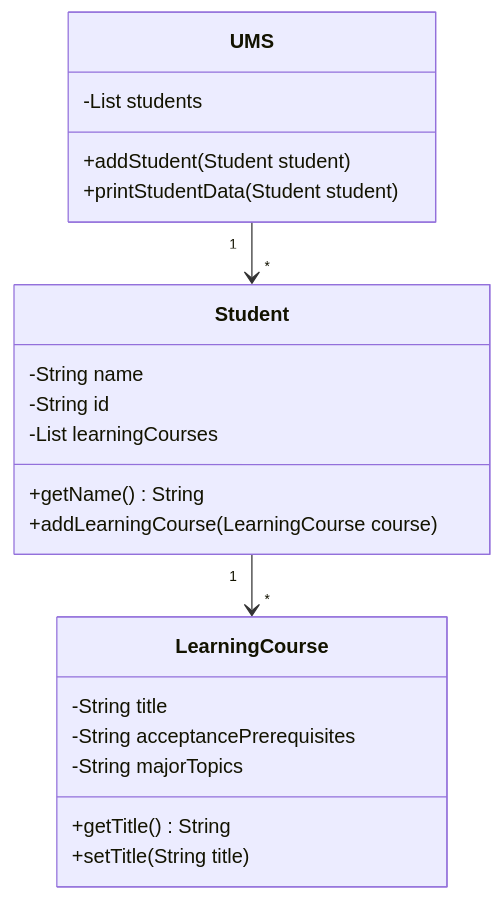
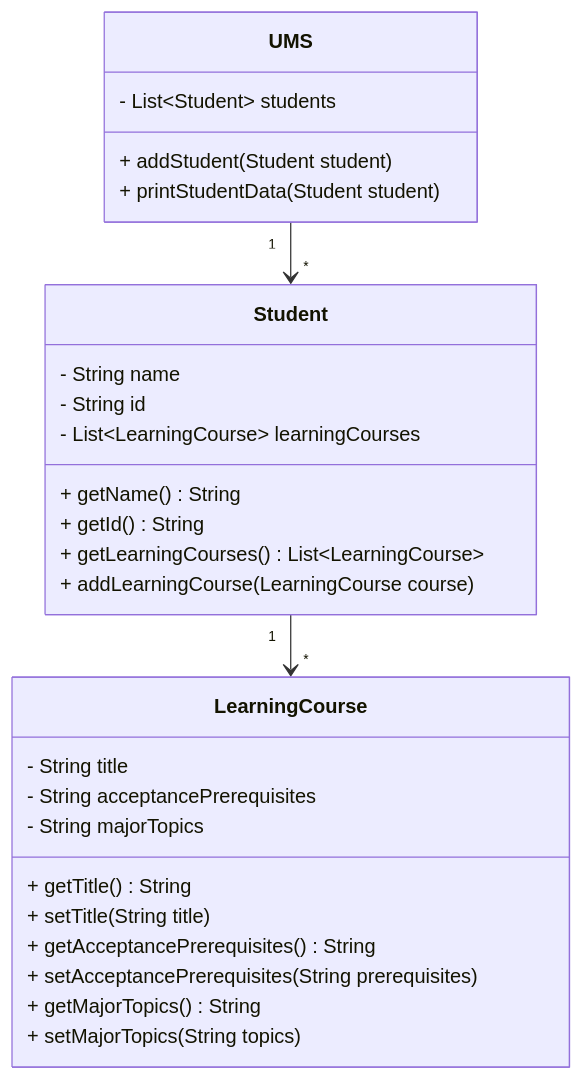
Before and after one commit to teklaGogua/Final: the diagram in src/oop/finalexam/t2/readme.md, drawn with Mermaid.

````diff
--- a/src/oop/finalexam/t2/readme.md
+++ b/src/oop/finalexam/t2/readme.md
@@ -92,24 +92,33 @@
 ```mermaid
 classDiagram
     class UMS {
-        -List<Student> students
-        +addStudent(Student student)
-        +printStudentData(Student student)
+        - List~Student~ students
+        + addStudent(Student student)
+        + printStudentData(Student student)
     }
+
     class Student {
-        -String name
-        -String id
-        -List<LearningCourse> learningCourses
-        +getName() String
-        +addLearningCourse(LearningCourse course)
+        - String name
+        - String id
+        - List~LearningCourse~ learningCourses
+        + getName() String
+        + getId() String
+        + getLearningCourses() List~LearningCourse~
+        + addLearningCourse(LearningCourse course)
     }
+
     class LearningCourse {
-        -String title
-        -String acceptancePrerequisites
-        -String majorTopics
-        +getTitle() String
-        +setTitle(String title)
+        - String title
+        - String acceptancePrerequisites
+        - String majorTopics
+        + getTitle() String
+        + setTitle(String title)
+        + getAcceptancePrerequisites() String
+        + setAcceptancePrerequisites(String prerequisites)
+        + getMajorTopics() String
+        + setMajorTopics(String topics)
     }
+
     UMS "1" --> "*" Student
     Student "1" --> "*" LearningCourse
 ```
````
